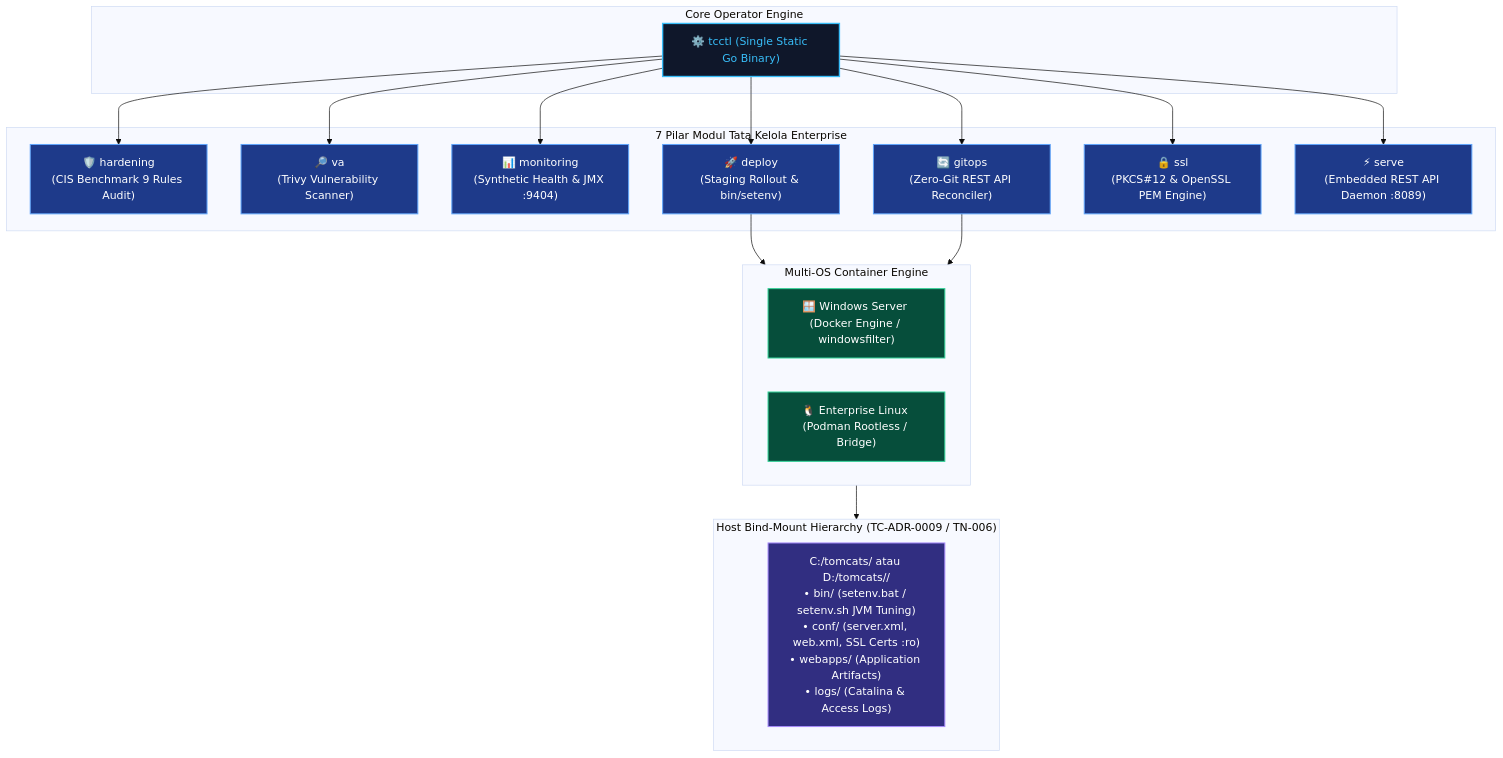
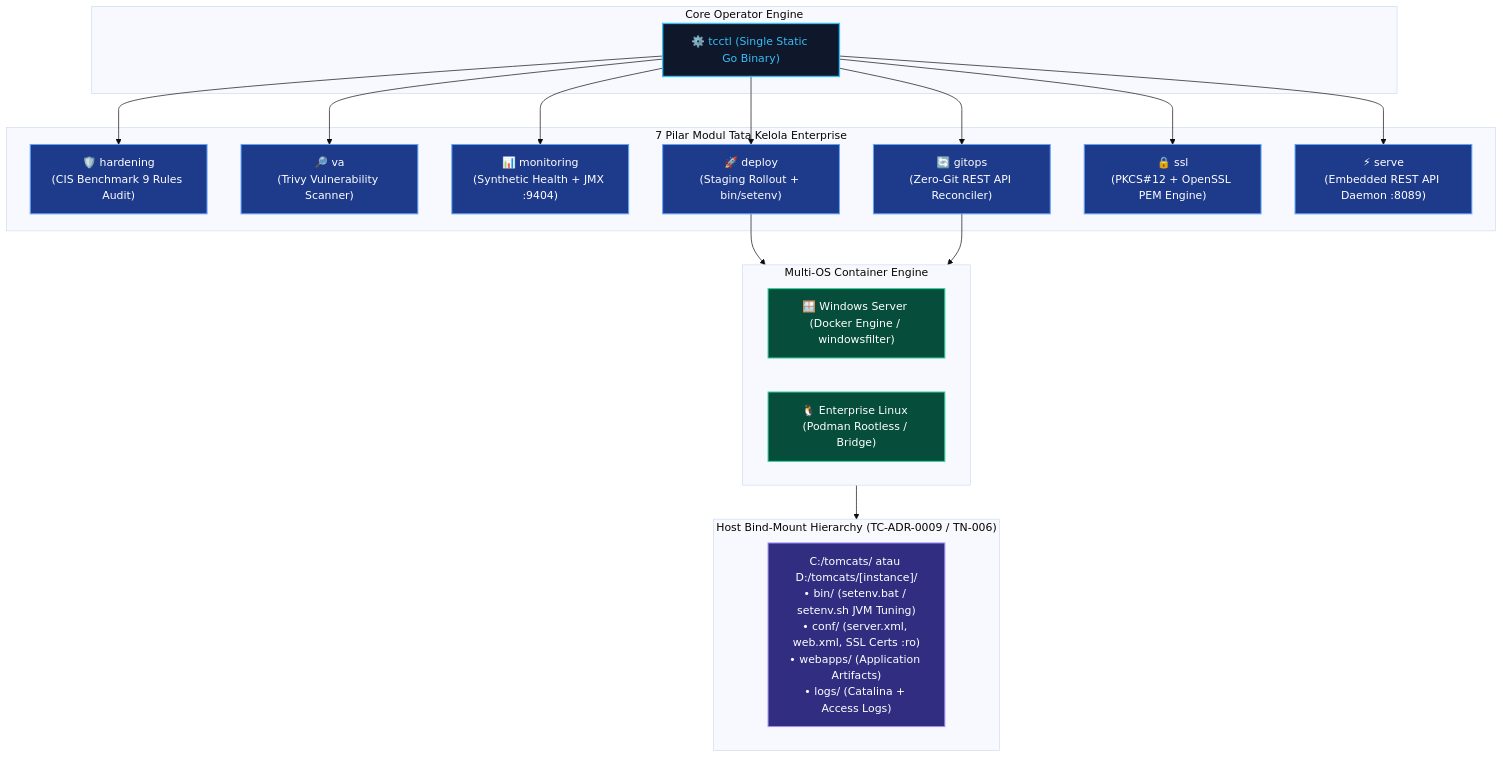
The diagram in content/projects/tcctl/_index.md (edkas07-oss/personal-site), drawn with Mermaid (base theme) before and after one commit. The commit also changed 1 other file, not shown here.

Commit message:
fix(docs): resolve mermaid syntax and html escaping in tcctl diagrams

```diff
--- a/content/projects/tcctl/_index.md
+++ b/content/projects/tcctl/_index.md
@@ -45,35 +45,42 @@
 {{< mermaid >}}
 flowchart TD
     %% Styling Classes
     classDef core fill:#0f172a,stroke:#38bdf8,stroke-width:2px,color:#38bdf8;
     classDef module fill:#1e3a8a,stroke:#60a5fa,stroke-width:1.5px,color:#ffffff;
     classDef runtime fill:#064e3b,stroke:#34d399,stroke-width:1.5px,color:#ffffff;
     classDef storage fill:#312e81,stroke:#a78bfa,stroke-width:1.5px,color:#ffffff;
 
     subgraph CLI ["Core Operator Engine"]
         TCCTL["⚙️ tcctl (Single Static Go Binary)"]:::core
     end
 
     subgraph PILLARS ["7 Pilar Modul Tata Kelola Enterprise"]
         M1["🛡️ hardening<br/>(CIS Benchmark 9 Rules Audit)"]:::module
         M2["🔎 va<br/>(Trivy Vulnerability Scanner)"]:::module
-        M3["📊 monitoring<br/>(Synthetic Health & JMX :9404)"]:::module
-        M4["🚀 deploy<br/>(Staging Rollout & bin/setenv)"]:::module
+        M3["📊 monitoring<br/>(Synthetic Health + JMX :9404)"]:::module
+        M4["🚀 deploy<br/>(Staging Rollout + bin/setenv)"]:::module
         M5["🔄 gitops<br/>(Zero-Git REST API Reconciler)"]:::module
-        M6["🔒 ssl<br/>(PKCS#12 & OpenSSL PEM Engine)"]:::module
+        M6["🔒 ssl<br/>(PKCS#12 + OpenSSL PEM Engine)"]:::module
         M7["⚡ serve<br/>(Embedded REST API Daemon :8089)"]:::module
     end
 
     subgraph RUNTIME ["Multi-OS Container Engine"]
         ENG1["🪟 Windows Server (Docker Engine / windowsfilter)"]:::runtime
         ENG2["🐧 Enterprise Linux (Podman Rootless / Bridge)"]:::runtime
     end
 
     subgraph STORAGE ["Host Bind-Mount Hierarchy (TC-ADR-0009 / TN-006)"]
-        DIR["C:/tomcats/ atau D:/tomcats/<instance>/<br/>• bin/ (setenv.bat / setenv.sh JVM Tuning)<br/>• conf/ (server.xml, web.xml, SSL Certs :ro)<br/>• webapps/ (Application Artifacts)<br/>• logs/ (Catalina & Access Logs)"]:::storage
+        DIR["C:/tomcats/ atau D:/tomcats/[instance]/<br/>• bin/ (setenv.bat / setenv.sh JVM Tuning)<br/>• conf/ (server.xml, web.xml, SSL Certs :ro)<br/>• webapps/ (Application Artifacts)<br/>• logs/ (Catalina + Access Logs)"]:::storage
     end
 
-    TCCTL --> M1 & M2 & M3 & M4 & M5 & M6 & M7
-    M4 & M5 --> RUNTIME
+    TCCTL --> M1
+    TCCTL --> M2
+    TCCTL --> M3
+    TCCTL --> M4
+    TCCTL --> M5
+    TCCTL --> M6
+    TCCTL --> M7
+    M4 --> RUNTIME
+    M5 --> RUNTIME
     RUNTIME --> STORAGE
 {{< /mermaid >}}
```
